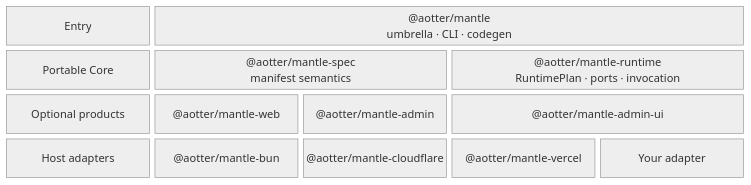
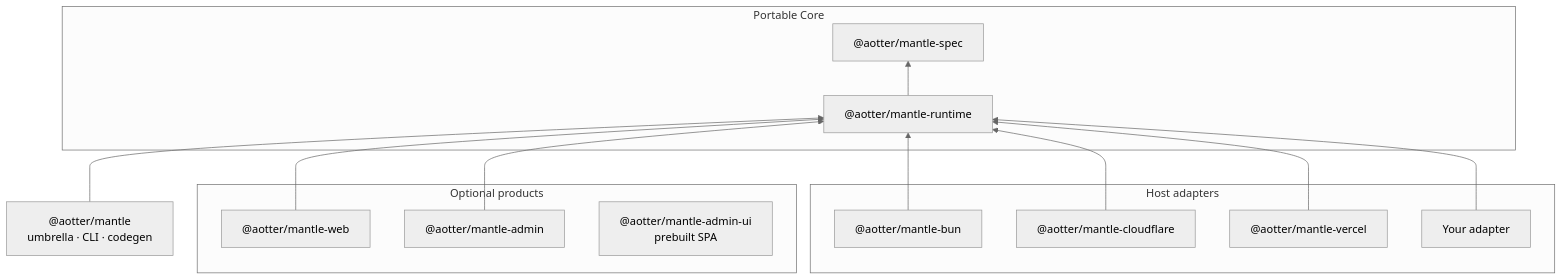
The diagram in README.md (aotter/mantle), drawn with Mermaid (neutral theme) before and after one commit. The commit also changed other lines of this file, not shown here.

Commit message:
docs: show package dependency direction

````diff
--- a/README.md
+++ b/README.md
@@ -196,22 +195,31 @@
 ```mermaid
-block
-  columns 5
+flowchart BT
+    U["@aotter/mantle<br/>umbrella · CLI · codegen"]
 
-  entry["Entry"]:1
-  mantle["@aotter/mantle<br/>umbrella · CLI · codegen"]:4
+    subgraph PRODUCTS["Optional products"]
+        W["@aotter/mantle-web"]
+        A["@aotter/mantle-admin"]
+        UI["@aotter/mantle-admin-ui<br/>prebuilt SPA"]
+    end
 
-  core["Portable Core"]:1
-  spec["@aotter/mantle-spec<br/>manifest semantics"]:2
-  runtime["@aotter/mantle-runtime<br/>RuntimePlan · ports · invocation"]:2
+    subgraph HOSTS["Host adapters"]
+        B["@aotter/mantle-bun"]
+        C["@aotter/mantle-cloudflare"]
+        V["@aotter/mantle-vercel"]
+        X["Your adapter"]
+    end
 
-  optional["Optional products"]:1
-  web["@aotter/mantle-web"]:1
-  admin["@aotter/mantle-admin"]:1
-  adminui["@aotter/mantle-admin-ui"]:2
+    subgraph CORE["Portable Core"]
+        R["@aotter/mantle-runtime"]
+        S["@aotter/mantle-spec"]
+    end
 
-  hosts["Host adapters"]:1
-  bun["@aotter/mantle-bun"]:1
-  cloudflare["@aotter/mantle-cloudflare"]:1
-  vercel["@aotter/mantle-vercel"]:1
-  custom["Your adapter"]:1
+    U --> R
+    R --> S
+    W --> R
+    A --> R
+    B --> R
+    C --> R
+    V --> R
+    X --> R
 ```
````
